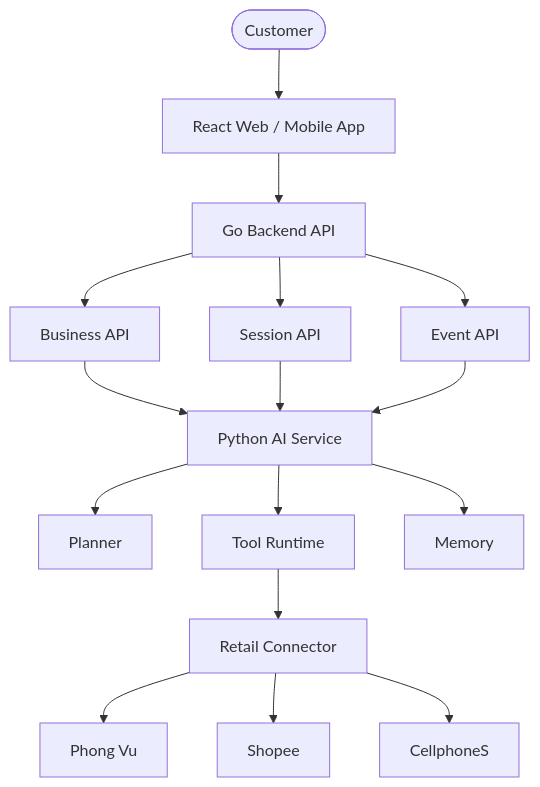
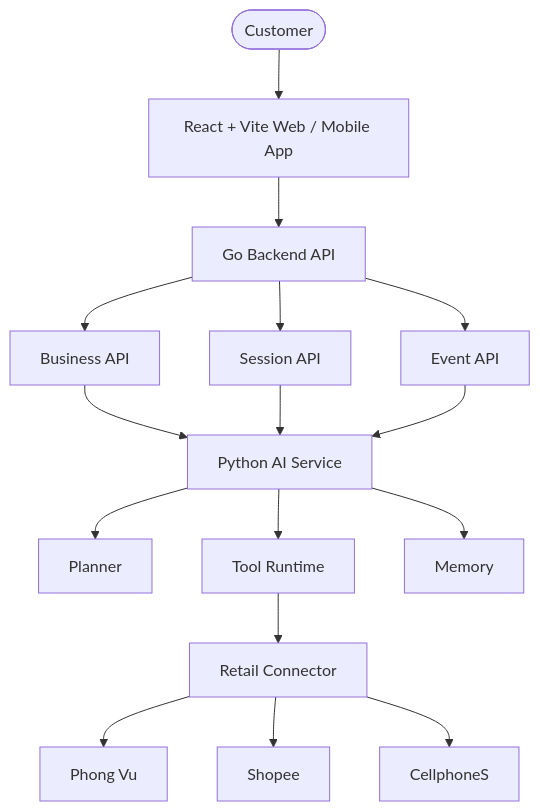
Before and after one commit to trungenglish/SHOPWISE: the diagram in documents/04-system/architecture.md, drawn with Mermaid. The commit also changed 20 other files, not shown here.

Commit message:
docs: update architecture documentation to reflect React + Vite integration and add comprehensive project structure references

````diff
--- a/documents/04-system/architecture.md
+++ b/documents/04-system/architecture.md
@@ -21,21 +21,21 @@
 ```mermaid
 flowchart TD
-    Customer([Customer]) --> App[React Web / Mobile App]
+    Customer([Customer]) --> App[React + Vite Web / Mobile App]
     App --> Backend[Go Backend API]
 
     Backend --> BA_API[Business API]
     Backend --> SA_API[Session API]
     Backend --> EE_API[Event API]
 
     BA_API --> AI[Python AI Service]
     SA_API --> AI[Python AI Service]
     EE_API --> AI[Python AI Service]
     AI --> Planner[Planner]
     AI --> ToolRuntime[Tool Runtime]
     AI --> Memory[Memory]
 
     ToolRuntime --> Retail[Retail Connector]
     Retail --> PV[Phong Vu]
     Retail --> Shopee[Shopee]
     Retail --> CellphoneS[CellphoneS]
 ```
````
